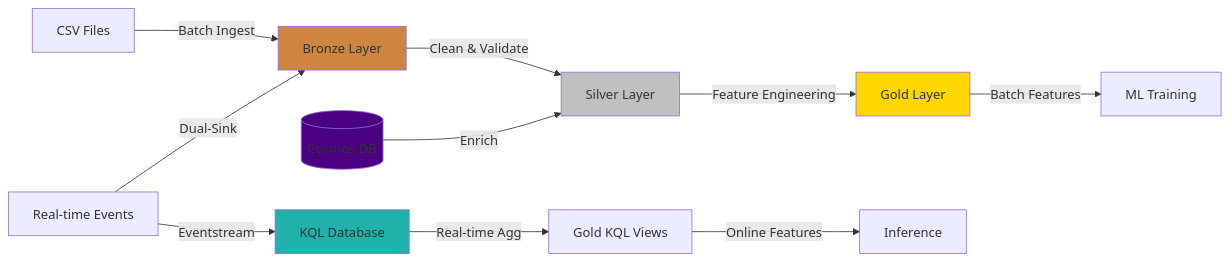
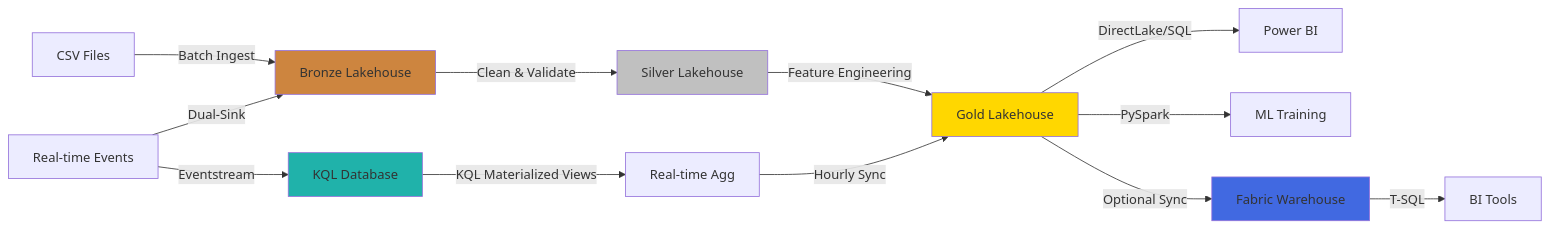
The first of 2 diagrams in README.md (patrick-cst1/Insurance-ML-Data-Platform), drawn with Mermaid before and after one commit. The commit also changed other lines of this file and 20 other files, not shown here.

Commit message:
docs: migrate to 100% Fabric native services by removing Cosmos DB dependencies

````diff
--- a/README.md
+++ b/README.md
@@ -51,18 +51,20 @@
 ```mermaid
 graph LR
-    A[CSV Files] -->|Batch Ingest| B[Bronze Layer]
+    A[CSV Files] -->|Batch Ingest| B[Bronze Lakehouse]
     E[Real-time Events] -->|Eventstream| F[KQL Database]
     E -->|Dual-Sink| B
-    B -->|Clean & Validate| C[Silver Layer]
-    G[(Cosmos DB)] -->|Enrich| C
-    C -->|Feature Engineering| D[Gold Layer]
-    F -->|Real-time Agg| H[Gold KQL Views]
-    D -->|Batch Features| I[ML Training]
-    H -->|Online Features| J[Inference]
+    B -->|Clean & Validate| C[Silver Lakehouse]
+    C -->|Feature Engineering| D[Gold Lakehouse]
+    F -->|KQL Materialized Views| H[Real-time Agg]
+    H -->|Hourly Sync| D
+    D -->|DirectLake/SQL| I[Power BI]
+    D -->|PySpark| J[ML Training]
+    D -->|Optional Sync| K[Fabric Warehouse]
+    K -->|T-SQL| L[BI Tools]
     
     style B fill:#CD853F
     style C fill:#C0C0C0
     style D fill:#FFD700
-    style G fill:#4B0082
     style F fill:#20B2AA
+    style K fill:#4169E1
 ```
````
